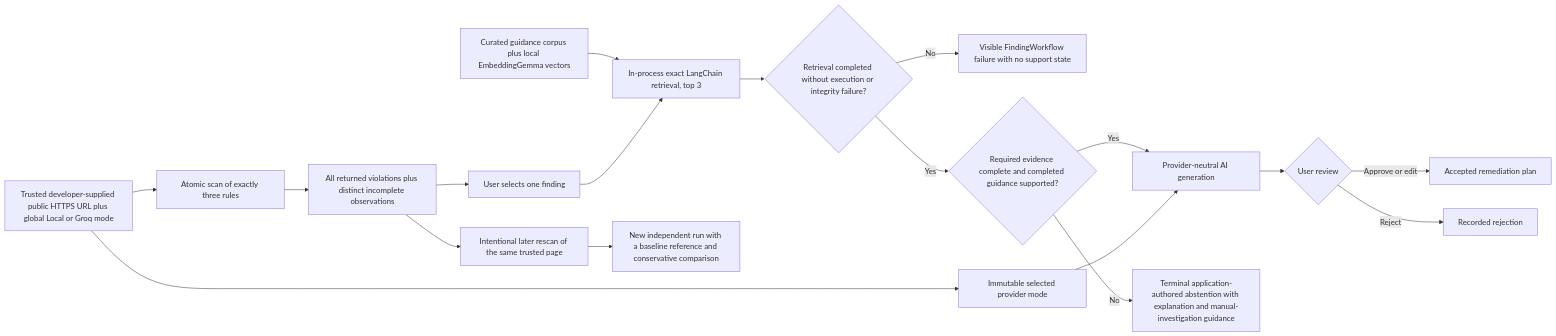
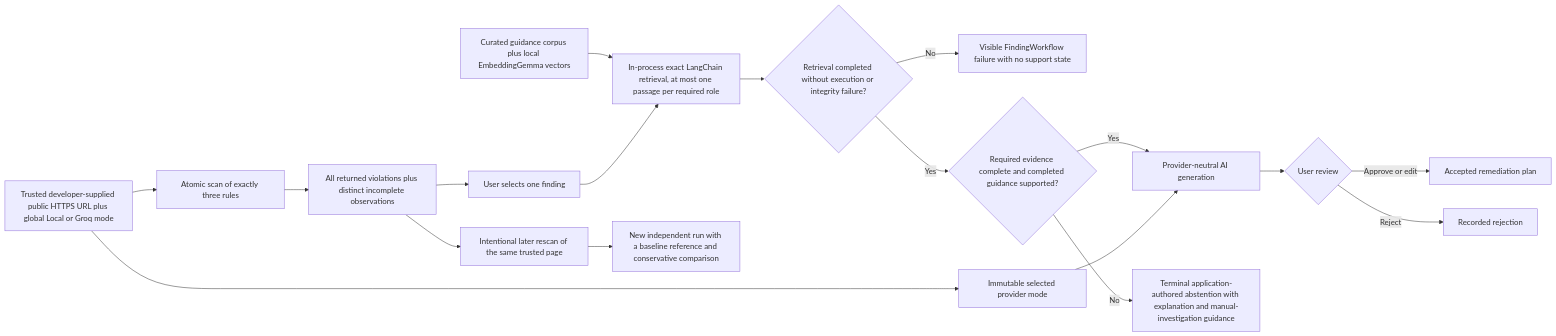
The diagram in docs/PROJECT_CONCEPT.md (mmjosedaniel/a11y-evidence-lab), drawn with Mermaid before and after one commit. The commit also changed other lines of this file and 35 other files, not shown here.

````diff
--- a/docs/PROJECT_CONCEPT.md
+++ b/docs/PROJECT_CONCEPT.md
@@ -21,20 +21,20 @@
 ```mermaid
 flowchart LR
     A[Trusted developer-supplied public HTTPS URL plus global Local or Groq mode] --> B[Atomic scan of exactly three rules]
     B --> C[All returned violations plus distinct incomplete observations]
     C --> O[User selects one finding]
-    D[Curated guidance corpus plus local EmbeddingGemma vectors] --> E[In-process exact LangChain retrieval, top 3]
+    D[Curated guidance corpus plus local EmbeddingGemma vectors] --> E[In-process exact LangChain retrieval, at most one passage per required role]
     O --> E
     E --> Q{Retrieval completed without execution or integrity failure?}
     Q -->|No| X[Visible FindingWorkflow failure with no support state]
     Q -->|Yes| M{Required evidence complete and completed guidance supported?}
     M -->|Yes| F[Provider-neutral AI generation]
     M -->|No| N[Terminal application-authored abstention with explanation and manual-investigation guidance]
     A --> P[Immutable selected provider mode]
     P --> F
     F --> G{User review}
     G -->|Approve or edit| H[Accepted remediation plan]
     G -->|Reject| I[Recorded rejection]
     C --> R[Intentional later rescan of the same trusted page]
     R --> J[New independent run with a baseline reference and conservative comparison]
 ```
````
